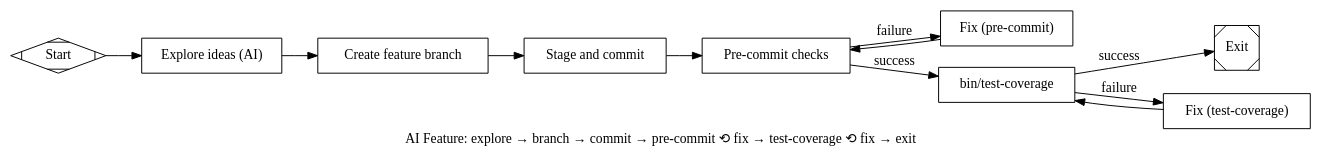
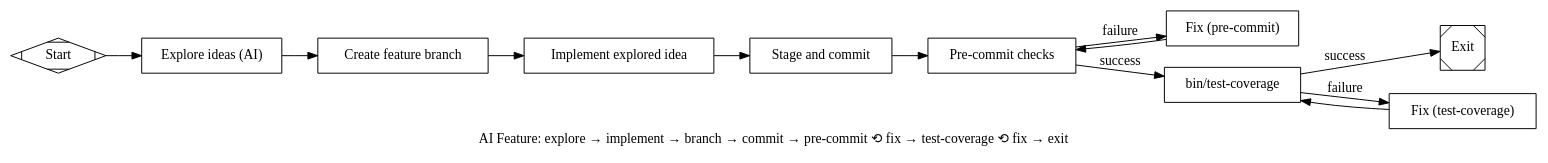
One commit to Industrial/streamweave-attractor changed the diagram in examples/workflows/ai-feature.dot. Above: the diagram before and after it, drawn with Graphviz.

Commit message:
refactor: update AI feature workflow to include implementation step
- Modified the AI-driven feature workflow to replace "branch" with "implement" in the goal and label for clarity.
- Added a new node for the implementation step, detailing the process of implementing the explored idea before creating a branch and committing.
- Adjusted the flow to connect the new implementation step to the existing commit process.

```diff
--- a/examples/workflows/ai-feature.dot
+++ b/examples/workflows/ai-feature.dot
@@ -1,68 +1,76 @@
 digraph AIFeature {
   graph [
-    goal="AI-driven feature workflow: explore ideas, create branch, commit, pre-commit, test coverage; fix-and-retry until complete",
-    label="AI Feature: explore → branch → commit → pre-commit ⟲ fix → test-coverage ⟲ fix → exit"
+    goal="AI-driven feature workflow: explore ideas, implement the idea, create branch, commit, pre-commit, test coverage; fix-and-retry until complete",
+    label="AI Feature: explore → implement → branch → commit → pre-commit ⟲ fix → test-coverage ⟲ fix → exit"
   ]
   rankdir=LR
 
   start [shape=Mdiamond, label="Start"]
   exit [shape=Msquare, label="Exit"]
 
   explore_ideas [
     shape=box,
     type=codergen,
     label="Explore ideas (AI)",
-    prompt="Explore new ideas for the project. Suggest a concrete feature to implement, outline implementation steps, and propose a feature branch name (e.g. feature/add-X). Output your plan. The pipeline will create the branch and proceed with commits."
+    prompt="Explore new ideas for the project. Suggest a concrete feature to implement, outline implementation steps, and propose a feature branch name (e.g. feature/add-X). Output your plan. The pipeline will then implement the idea, create the branch, and commit."
+  ]
+
+  implement_idea [
+    shape=box,
+    type=codergen,
+    label="Implement explored idea",
+    prompt="Implement the feature or plan from the previous exploration step. Follow the outline and steps that were proposed. Make the code changes; add or update tests as needed. Do not create the branch or commit yet—the pipeline will do that next. Exit 0 when implementation is done."
   ]
 
   create_branch [
     shape=box,
     type=exec,
     label="Create feature branch",
     command="git rev-parse --git-dir >/dev/null 2>&1 && git checkout -b \"feature/ai-explore-$(date +%s)\" 2>/dev/null || git checkout -b feature/ai-explore"
   ]
 
   commit [
     shape=box,
     type=exec,
     label="Stage and commit",
     command="git add -A && (git diff --cached --quiet && true || git commit -m \"WIP: AI feature exploration\")"
   ]
 
   pre_commit [
     shape=box,
     type=exec,
     label="Pre-commit checks",
     command="devenv shell -- sh -c 'bin/format && bin/lint && bin/check'"
   ]
 
   fix_pre_commit [
     shape=box,
     label="Fix (pre-commit)",
     prompt="Pre-commit failed (format, lint, or check). From the output, identify failures. Create small bd tasks: devenv shell -- bd create \"...\" -t task -p 1 --json. Act as beads-worker: bd ready, claim one task, fix it, bd close, commit. Exit 0; pipeline returns to pre-commit."
   ]
 
   test_coverage [
     shape=box,
     type=exec,
     label="bin/test-coverage",
     command="devenv shell -- bin/test-coverage"
   ]
 
   fix_test_coverage [
     shape=box,
     label="Fix (test-coverage)",
     prompt="bin/test-coverage failed. From the output, identify coverage or test failures. Create small bd tasks: devenv shell -- bd create \"...\" -t task -p 1 --json. Act as beads-worker: bd ready, claim one task, fix it, bd close, commit. Exit 0; pipeline returns to bin/test-coverage."
   ]
 
   start -> explore_ideas
   explore_ideas -> create_branch
-  create_branch -> commit
+  create_branch -> implement_idea
+  implement_idea -> commit
   commit -> pre_commit
   pre_commit -> test_coverage [label="success", condition="outcome=success"]
   pre_commit -> fix_pre_commit [label="failure", condition="outcome=fail"]
   fix_pre_commit -> pre_commit
   test_coverage -> exit [label="success", condition="outcome=success"]
   test_coverage -> fix_test_coverage [label="failure", condition="outcome=fail"]
   fix_test_coverage -> test_coverage
 }
```
